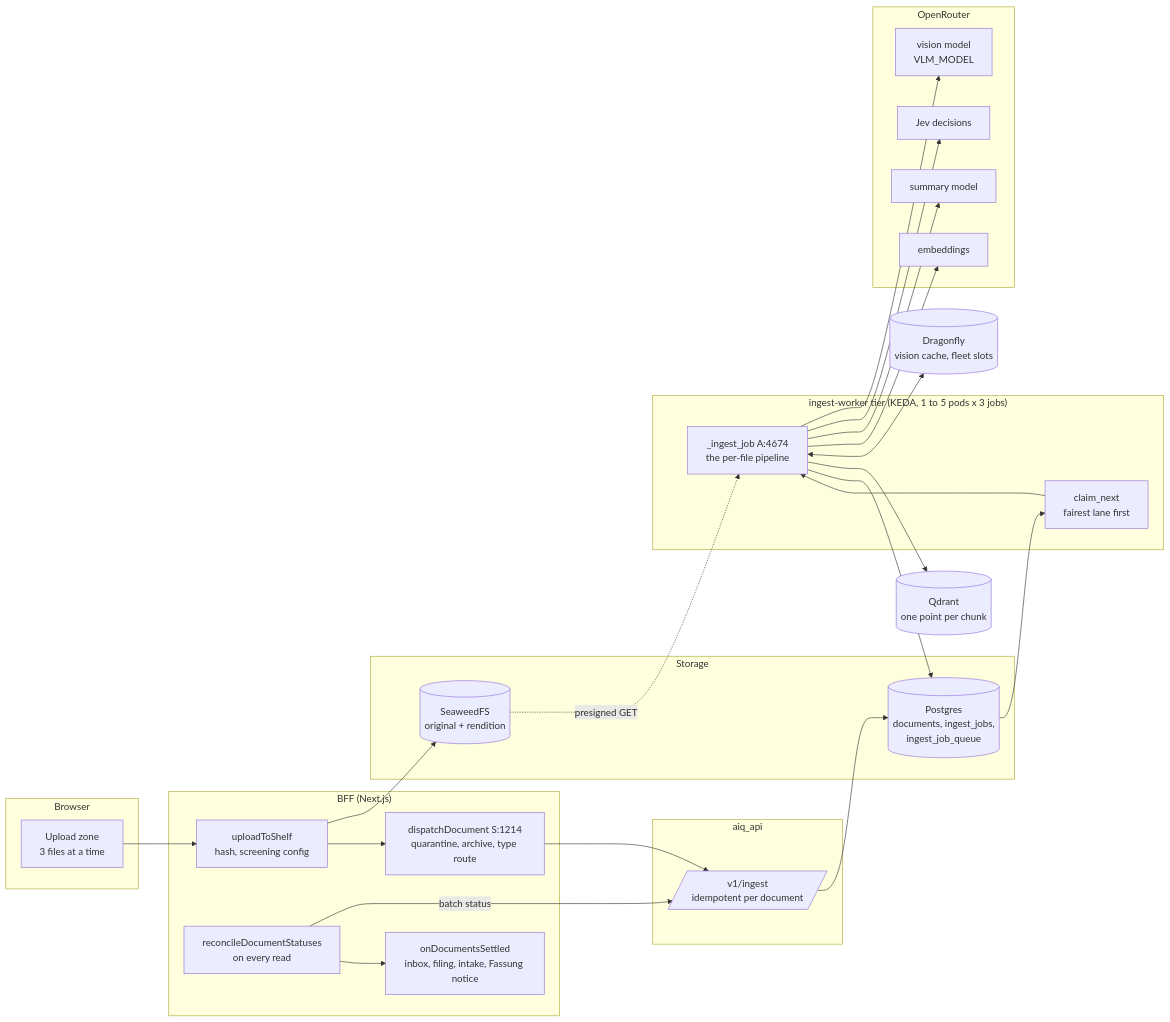
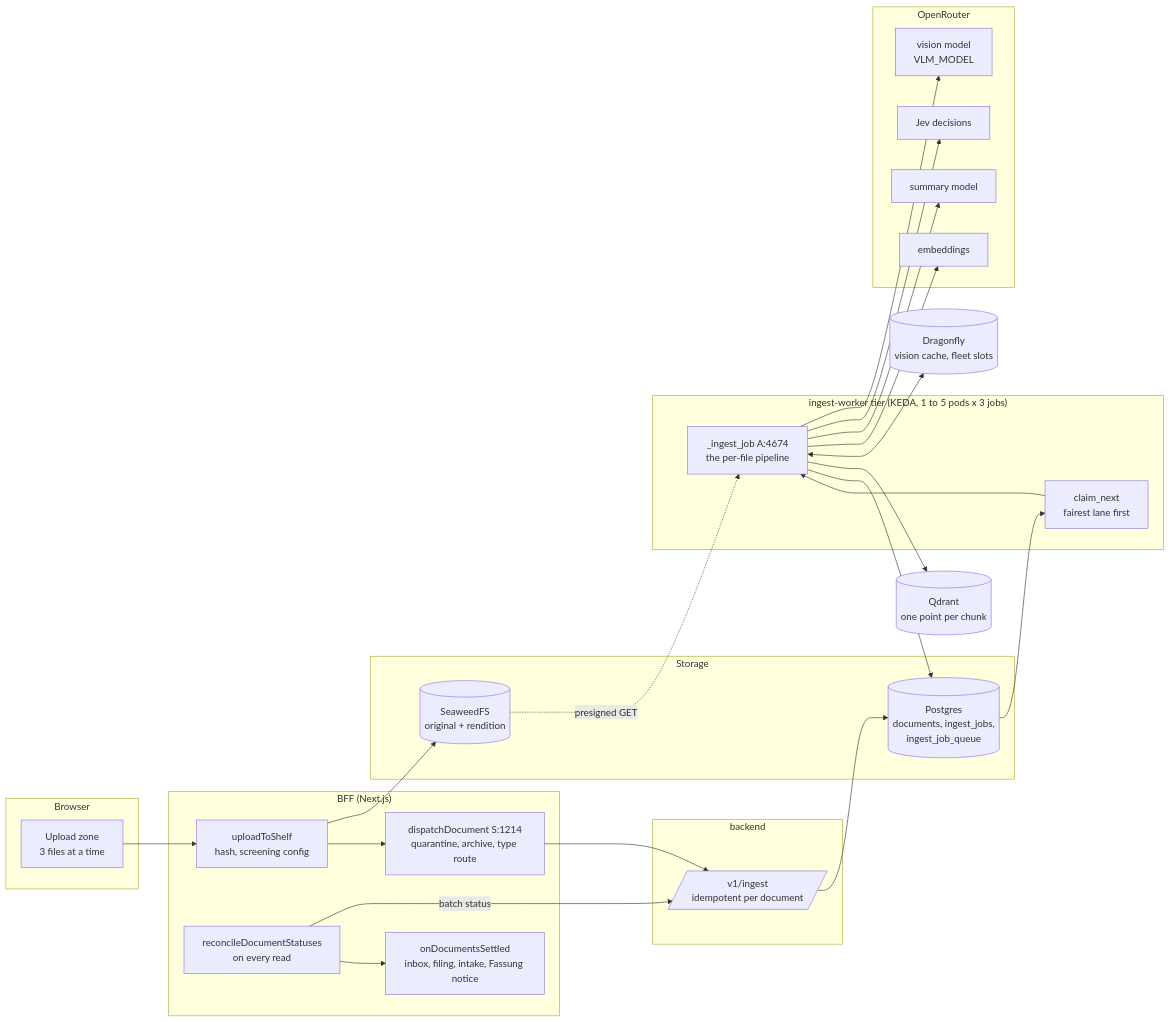
One commit to archos-at/archos changed the first of 6 diagrams in docs/architecture/ingestion-pipeline.md. Above: the diagram before and after it, drawn with Mermaid. The commit also changed other lines of this file and 1420 other files, not shown here.

````diff
--- a/docs/architecture/ingestion-pipeline.md
+++ b/docs/architecture/ingestion-pipeline.md
@@ -20,42 +20,42 @@
 ```mermaid
 flowchart LR
   subgraph Browser
     U[Upload zone<br/>3 files at a time]
   end
   subgraph BFF["BFF (Next.js)"]
     UP[uploadToShelf<br/>hash, screening config]
     DD[dispatchDocument S:1214<br/>quarantine, archive, type route]
     RC[reconcileDocumentStatuses<br/>on every read]
     ST[onDocumentsSettled<br/>inbox, filing, intake, Fassung notice]
   end
   subgraph Storage
     SW[(SeaweedFS<br/>original + rendition)]
     PG[(Postgres<br/>documents, ingest_jobs,<br/>ingest_job_queue)]
   end
-  subgraph API["aiq_api"]
+  subgraph API["backend"]
     IN[/v1/ingest<br/>idempotent per document/]
   end
   subgraph Worker["ingest-worker tier (KEDA, 1 to 5 pods x 3 jobs)"]
     CL[claim_next<br/>fairest lane first]
     PL[_ingest_job A:4674<br/>the per-file pipeline]
   end
   subgraph Providers["OpenRouter"]
     VLM[vision model<br/>VLM_MODEL]
     JEV[Jev decisions]
     LLM[summary model]
     EMB[embeddings]
   end
   Q[(Qdrant<br/>one point per chunk)]
   DF[(Dragonfly<br/>vision cache, fleet slots)]
 
   U --> UP --> SW
   UP --> DD --> IN --> PG
   PG --> CL --> PL
   SW -. presigned GET .-> PL
   PL --> VLM & JEV & LLM & EMB
   PL <--> DF
   PL --> Q
   PL --> PG
   RC -- batch status --> IN
   RC --> ST
 ```
````
